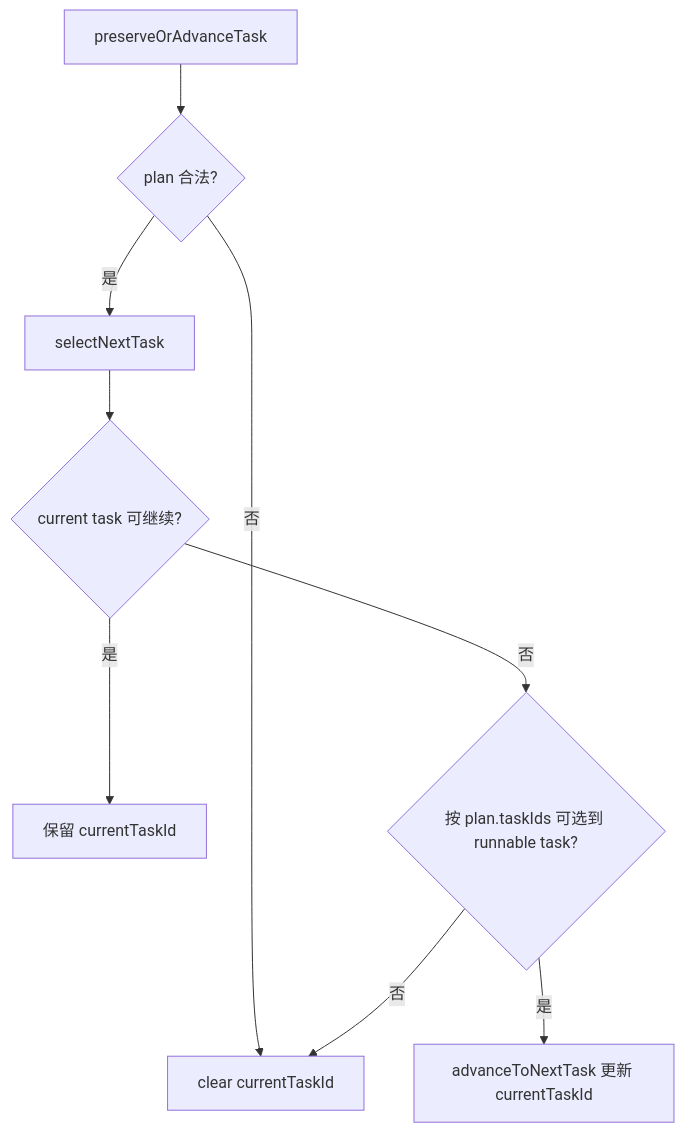
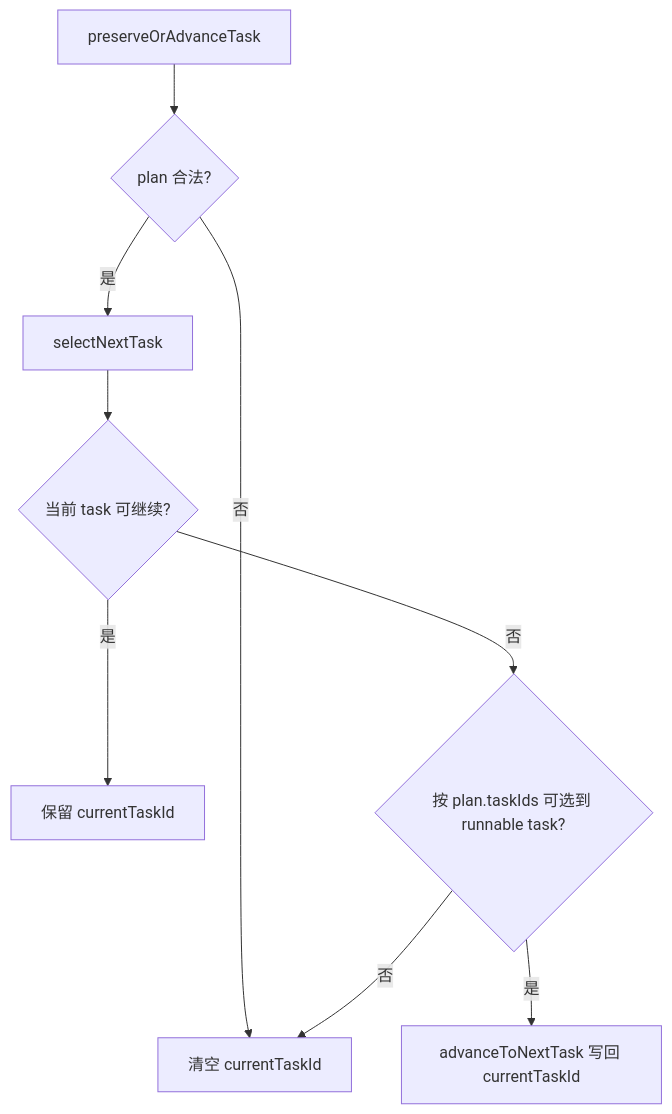
Before and after one commit to CharlieHasAHeart/forgetauri: the second of 4 diagrams in docs/architecture/02-core_runtime_visual_model.md, drawn with Mermaid. The commit also changed other lines of this file, not shown here.

Commit message:
Rewrite runtime visual model for current five-layer baseline

````diff
--- a/docs/architecture/02-core_runtime_visual_model.md
+++ b/docs/architecture/02-core_runtime_visual_model.md
@@ -48,11 +58,11 @@
 ```mermaid
 flowchart TD
   A[preserveOrAdvanceTask] --> B{plan 合法?}
-  B -- 否 --> Z[clear currentTaskId]
+  B -- 否 --> Z[清空 currentTaskId]
   B -- 是 --> C[selectNextTask]
-  C --> D{current task 可继续?}
+  C --> D{当前 task 可继续?}
   D -- 是 --> E[保留 currentTaskId]
   D -- 否 --> F{按 plan.taskIds 可选到 runnable task?}
-  F -- 是 --> G[advanceToNextTask 更新 currentTaskId]
+  F -- 是 --> G[advanceToNextTask 写回 currentTaskId]
   F -- 否 --> Z
 ```
````
